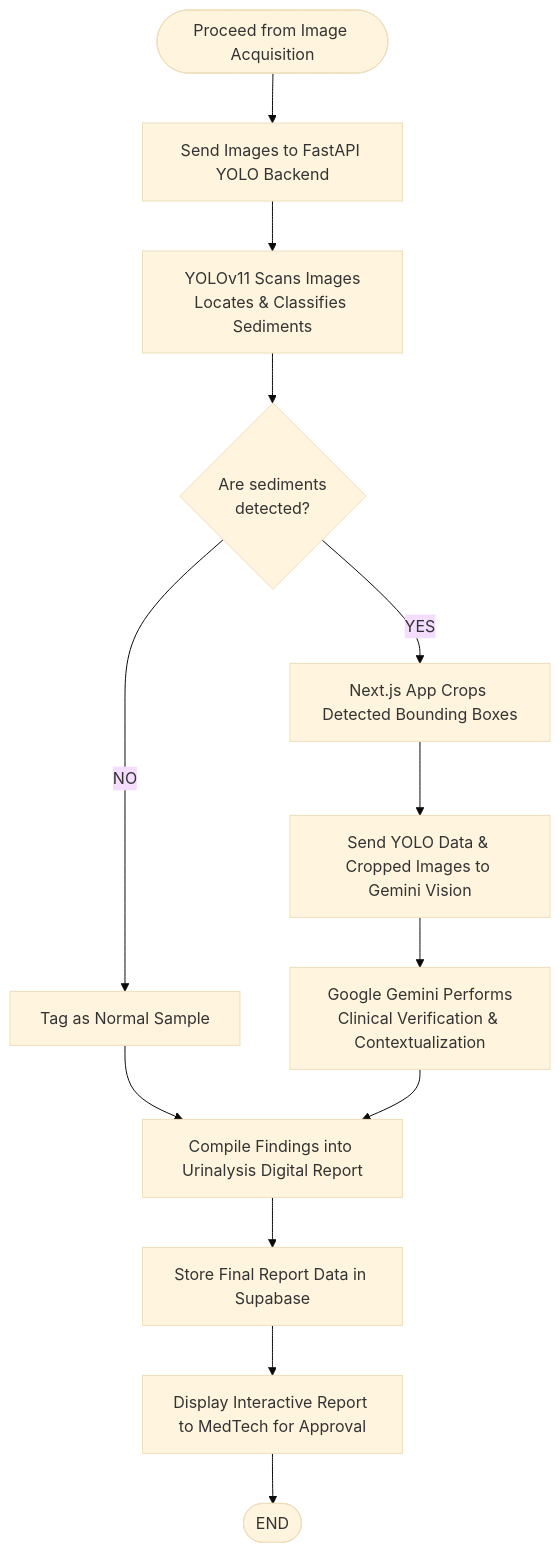
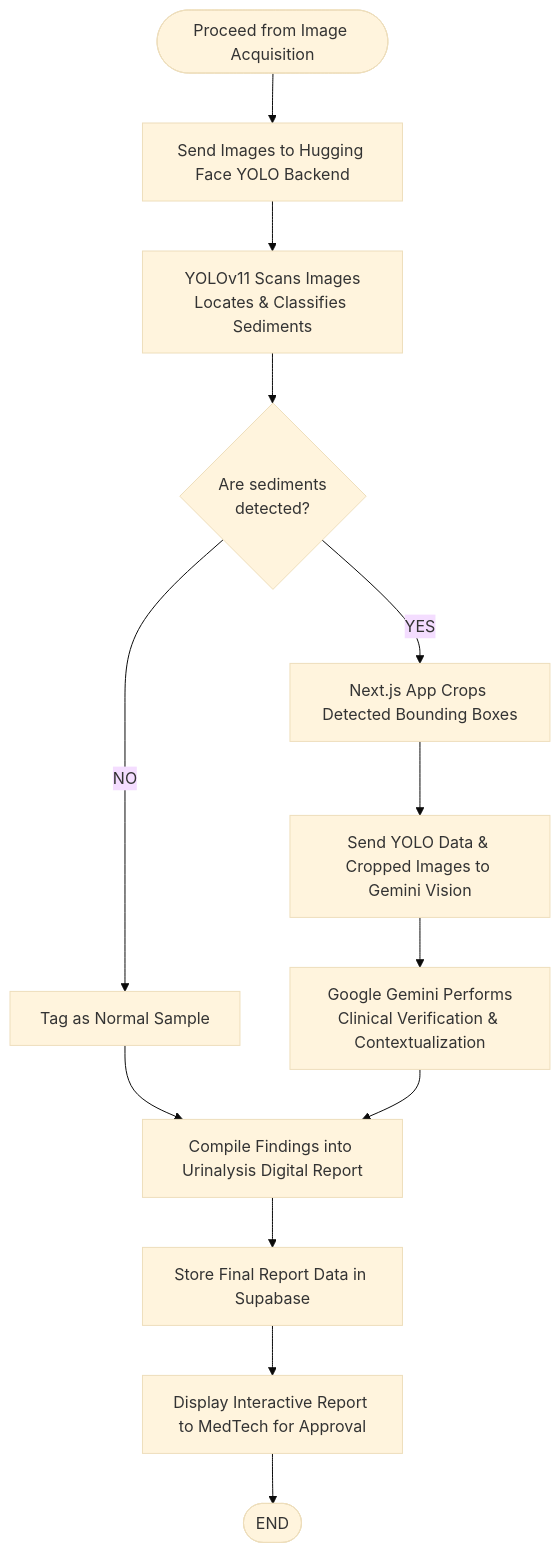
One commit to mcggEz/microview-ai changed the fourth of 4 diagrams in README.md. Above: the diagram before and after it, drawn with Mermaid (base theme). The commit also changed other lines of this file, not shown here.

````diff
--- a/README.md
+++ b/README.md
@@ -121,19 +120,19 @@
 ```mermaid
 flowchart TD
-    Start([Proceed from Image Acquisition]) --> SendFastAPI[Send Images to FastAPI YOLO Backend]
-    SendFastAPI --> YoloDetect[YOLOv11 Scans Images<br/>Locates & Classifies Sediments]
+    Start([Proceed from Image Acquisition]) --> SendHF[Send Images to Hugging Face YOLO Backend]
+    SendHF --> YoloDetect[YOLOv11 Scans Images<br/>Locates & Classifies Sediments]
     
     YoloDetect --> AnyDetected{Are sediments<br/>detected?}
     
     AnyDetected -->|NO| TagNormal[Tag as Normal Sample]
     TagNormal --> GenReport
     
     AnyDetected -->|YES| CropImages[Next.js App Crops Detected Bounding Boxes]
     CropImages --> SendGemini[Send YOLO Data & Cropped Images to Gemini Vision]
     SendGemini --> GeminiAnalyse[Google Gemini Performs<br/>Clinical Verification & Contextualization]
     GeminiAnalyse --> GenReport[Compile Findings into Urinalysis Digital Report]
     
     GenReport --> SaveDB[Store Final Report Data in Supabase]
     SaveDB --> Review[Display Interactive Report to MedTech for Approval]
     Review --> End([END])
 ```
````
